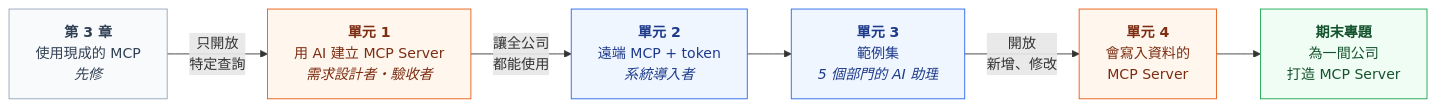
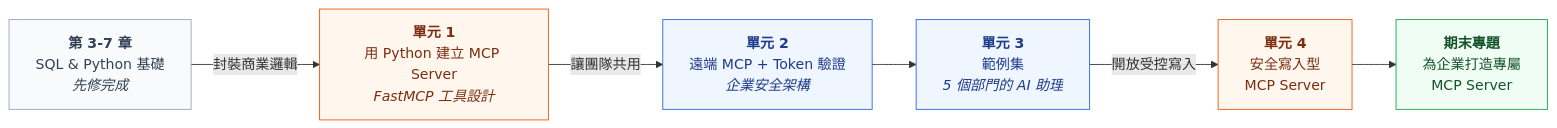
The second of 2 diagrams in mcp_server/README.md (roberthsu2003/postgreSQL_MCP), drawn with Mermaid before and after one commit. The commit also changed other lines of this file and 28 other files, not shown here.

Commit message:
docs: add documentation for Raspberry Pi Docker setup, Supabase, and MCP configuration along with SQL course updates

````diff
--- a/mcp_server/README.md
+++ b/mcp_server/README.md
@@ -50,19 +53,19 @@
 ```mermaid
 flowchart LR
-    P["<b>第 3 章</b><br/>使用現成的 MCP<br/><i>先修</i>"]
-    U1["<b>單元 1</b><br/>用 AI 建立 MCP Server<br/><i>需求設計者・驗收者</i>"]
-    U2["<b>單元 2</b><br/>遠端 MCP + token<br/><i>系統導入者</i>"]
+    P["<b>第 3-7 章</b><br/>SQL & Python 基礎<br/><i>先修完成</i>"]
+    U1["<b>單元 1</b><br/>用 Python 建立 MCP Server<br/><i>FastMCP 工具設計</i>"]
+    U2["<b>單元 2</b><br/>遠端 MCP + Token 驗證<br/><i>企業安全架構</i>"]
     U3["<b>單元 3</b><br/>範例集<br/><i>5 個部門的 AI 助理</i>"]
-    U4["<b>單元 4</b><br/>會寫入資料的<br/>MCP Server"]
-    F["<b>期末專題</b><br/>為一間公司<br/>打造 MCP Server"]
-    P -->|"只開放<br/>特定查詢"| U1 -->|"讓全公司<br/>都能使用"| U2 --> U3 -->|"開放<br/>新增、修改"| U4 --> F
+    U4["<b>單元 4</b><br/>安全寫入型<br/>MCP Server"]
+    F["<b>期末專題</b><br/>為企業打造專屬<br/>MCP Server"]
+    P -->|"封裝商業邏輯"| U1 -->|"讓團隊共用"| U2 --> U3 -->|"開放受控寫入"| U4 --> F
 
     classDef pre fill:#f8fafc,stroke:#94a3b8,color:#334155
     classDef local fill:#fff7ed,stroke:#ea580c,color:#7c2d12
     classDef remote fill:#eff6ff,stroke:#2563eb,color:#1e3a8a
     classDef final fill:#f0fdf4,stroke:#16a34a,color:#14532d
     class P pre
     class U1,U4 local
     class U2,U3 remote
     class F final
 ```
````
